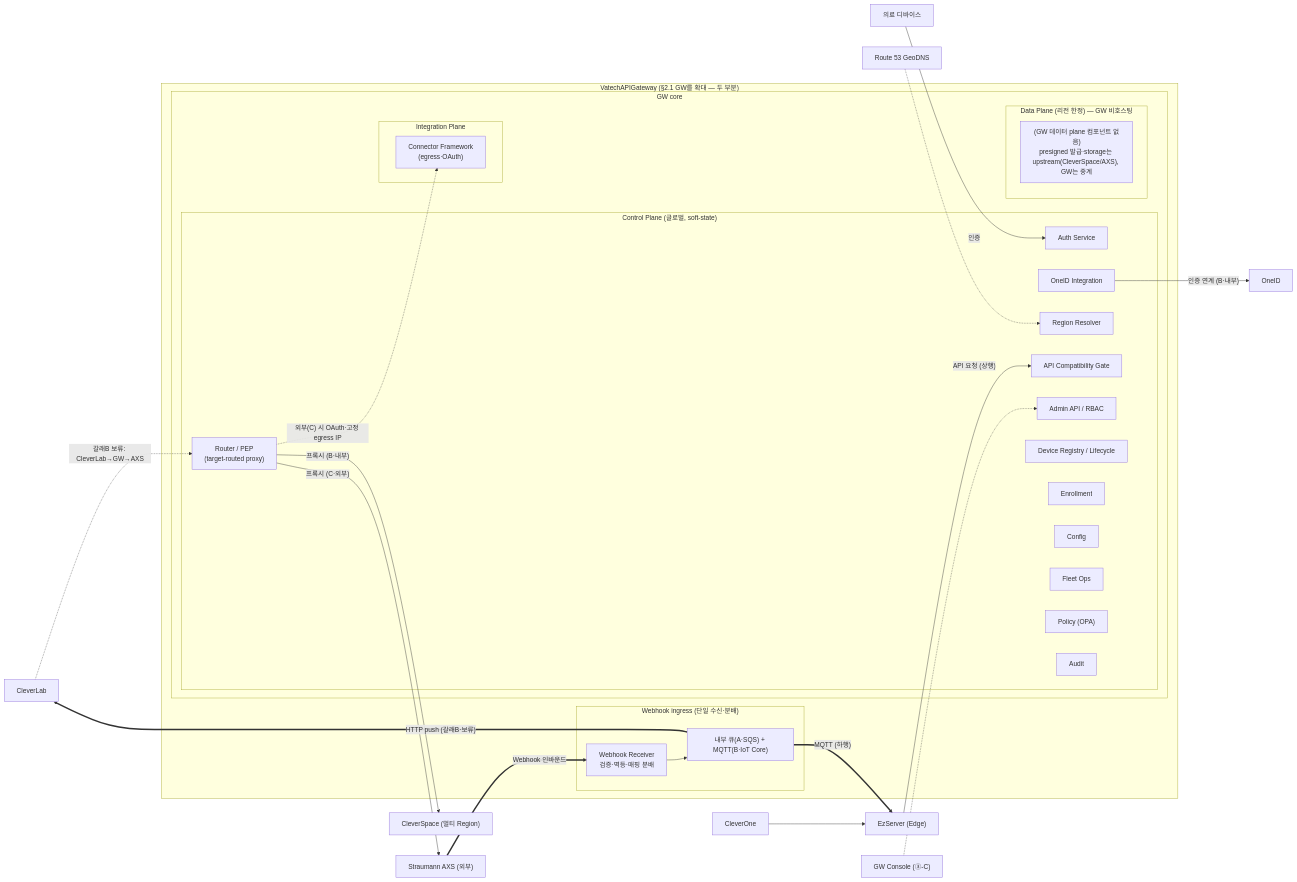
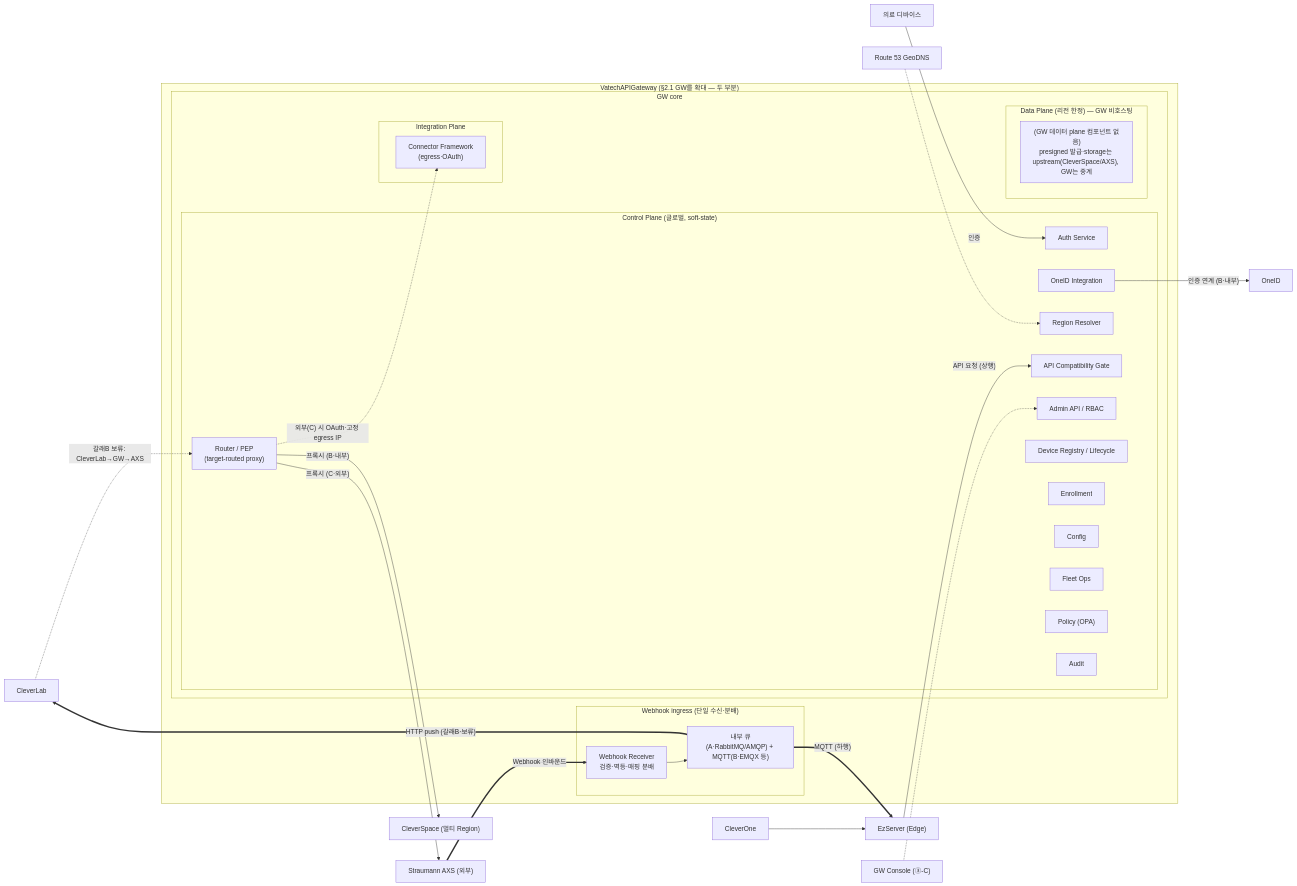
The fourth of 12 diagrams in docs/VT_API_Gateway/08.VT_API_Gateway/specs/03-srs-gateway/SRS.md (gracegyu/scp-architecture), drawn with Mermaid before and after one commit. The commit also changed other lines of this file and 2 other files, not shown here.

Commit message:
문서 업데이트: VT API Gateway의 개발계획서 및 SRS 문서에서 포터빌리티를 반영하여 AWS 및 비AWS 배포 프로파일을 명확히 하고, 데이터베이스 및 캐시 관리 방식을 구체화하였습니다. RabbitMQ 및 MQTT 브로커의 사용을 강조하고, 관련 인프라 및 기술 스택을 정리하여 시스템 설계의 일관성을 강화하였습니다.

````diff
--- a/docs/VT_API_Gateway/08.VT_API_Gateway/specs/03-srs-gateway/SRS.md
+++ b/docs/VT_API_Gateway/08.VT_API_Gateway/specs/03-srs-gateway/SRS.md
@@ -272,61 +321,61 @@
 ```mermaid
 flowchart LR
     %% 외부 시스템 — §2.1과 동일 (VatechAPIGateway 바깥은 §2.1과 완전히 같음)
     CO["CleverOne"]
     DEV["의료 디바이스"]
     EZ["EzServer (Edge)"]
     OID["OneID"]
     CS["CleverSpace (멀티 Region)"]
     CLAB["CleverLab"]
     AXS["Straumann AXS (외부)"]
     R53["Route 53 GeoDNS"]
     CONSOLE["GW Console (③-C)"]
 
     subgraph GWBOX["VatechAPIGateway (§2.1 GW를 확대 — 두 부분)"]
         subgraph CORE["GW core"]
             subgraph CTRL["Control Plane (글로벌, soft-state)"]
                 AUTH["Auth Service"]
                 OIDI["OneID Integration"]
                 ROUTER["Router / PEP<br/>(target-routed proxy)"]
                 RGN["Region Resolver"]
                 COMPAT["API Compatibility Gate"]
                 ADM["Admin API / RBAC"]
                 DREG["Device Registry / Lifecycle"]
                 ENR["Enrollment"]
                 CFG["Config"]
                 FLEET["Fleet Ops"]
                 OPA["Policy (OPA)"]
                 AUD["Audit"]
             end
             subgraph DATA["Data Plane (리전 한정) — GW 비호스팅"]
                 DNOTE["(GW 데이터 plane 컴포넌트 없음)<br/>presigned 발급·storage는 upstream(CleverSpace/AXS), GW는 중계"]
             end
             subgraph INTEG["Integration Plane"]
                 CONN["Connector Framework<br/>(egress·OAuth)"]
             end
         end
         subgraph WHTIER["Webhook ingress (단일 수신·분배)"]
             WH["Webhook Receiver<br/>검증·멱등·매핑 분배"]
-            WHQ["내부 큐(A·SQS) + MQTT(B·IoT Core)"]
+            WHQ["내부 큐(A·RabbitMQ/AMQP) + MQTT(B·EMQX 등)"]
             WH --> WHQ
         end
     end
 
     %% API 호출 — 대상 무관 동일 경로(target-routed proxy). 차이는 trust profile뿐
     CO --> EZ
     EZ -->|"API 요청 (상행)"| COMPAT
     DEV -->|"인증"| AUTH
     OIDI -->|"인증 연계 (B·내부)"| OID
     ROUTER -->|"프록시 (B·내부)"| CS
     ROUTER -->|"프록시 (C·외부)"| AXS
     ROUTER -.->|"외부(C) 시 OAuth·고정 egress IP"| CONN
     %% CleverLab은 프록시 대상 아님 — 갈래B 클라우드 클라이언트(보류): CleverLab→GW→AXS
     CLAB -.->|"갈래B 보류: CleverLab→GW→AXS"| ROUTER
     CONSOLE -.-> ADM
     R53 -.-> RGN
 
     %% Webhook(이벤트 인바운드)은 API 호출과 별개 — 현재 AXS만. 클라우드 수신=CleverLab만(갈래B 보류), CleverSpace는 대상 아님(§2.3.6)
     AXS ==>|"Webhook 인바운드"| WH
     WHQ ==>|"MQTT (하행)"| EZ
     WHQ ==>|"HTTP push (갈래B·보류)"| CLAB
 ```
````
